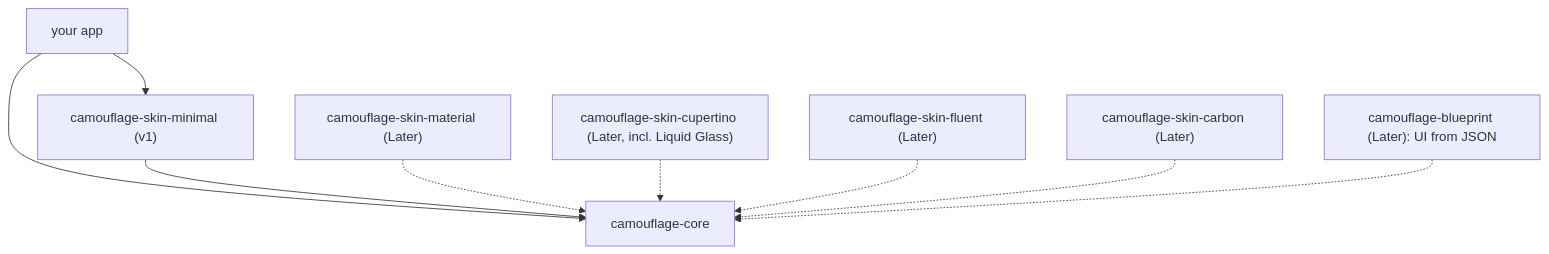
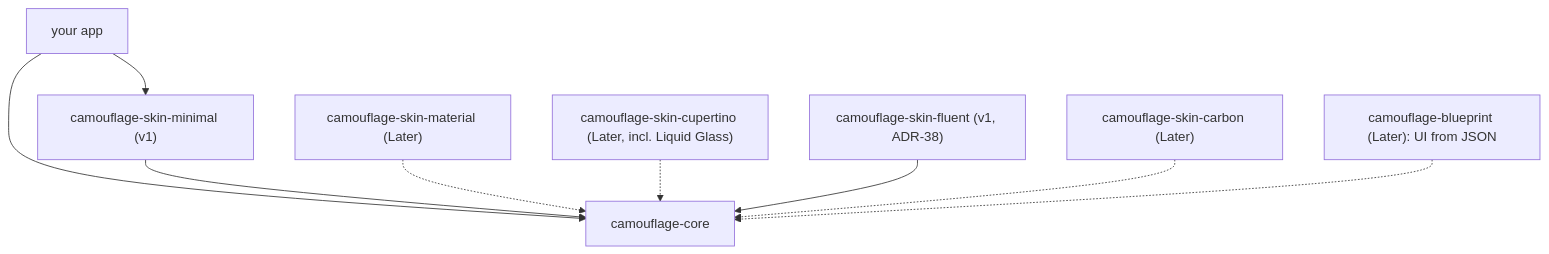
One commit to srctool/camouflage changed the second of 2 diagrams in docs/internal/development/guide/02-architecture/01-architecture.mdx. Above: the diagram before and after it, drawn with Mermaid. The commit also changed other lines of this file and 7 other files, not shown here.

````diff
--- a/docs/internal/development/guide/02-architecture/01-architecture.mdx
+++ b/docs/internal/development/guide/02-architecture/01-architecture.mdx
@@ -58,11 +58,11 @@
 ```mermaid
 flowchart TB
     App["your app"] --> Core["camouflage-core"]
     App --> SkinMin["camouflage-skin-minimal (v1)"]
     SkinMin --> Core
     SkinM["camouflage-skin-material (Later)"] -.-> Core
     SkinC["camouflage-skin-cupertino (Later, incl. Liquid Glass)"] -.-> Core
-    SkinF["camouflage-skin-fluent (Later)"] -.-> Core
+    SkinF["camouflage-skin-fluent (v1, ADR-38)"] --> Core
     SkinCb["camouflage-skin-carbon (Later)"] -.-> Core
     BP["camouflage-blueprint (Later): UI from JSON"] -.-> Core
 ```
````
